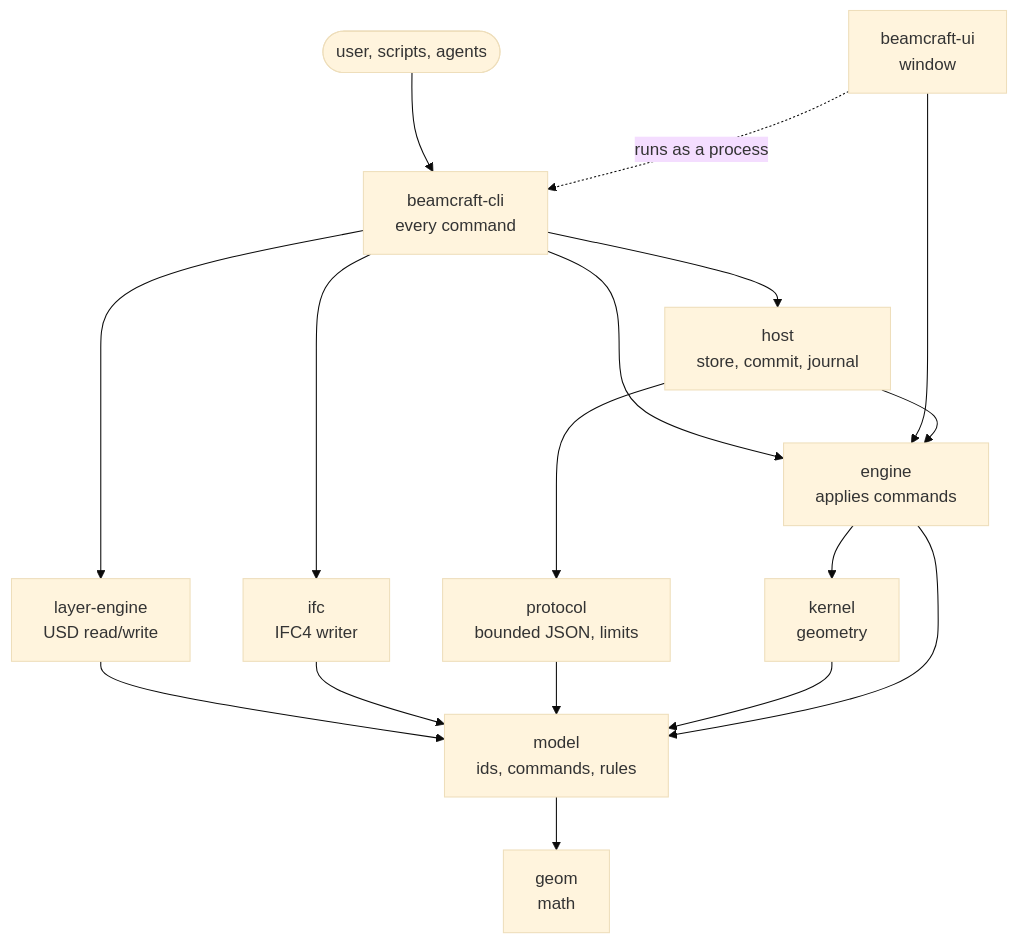
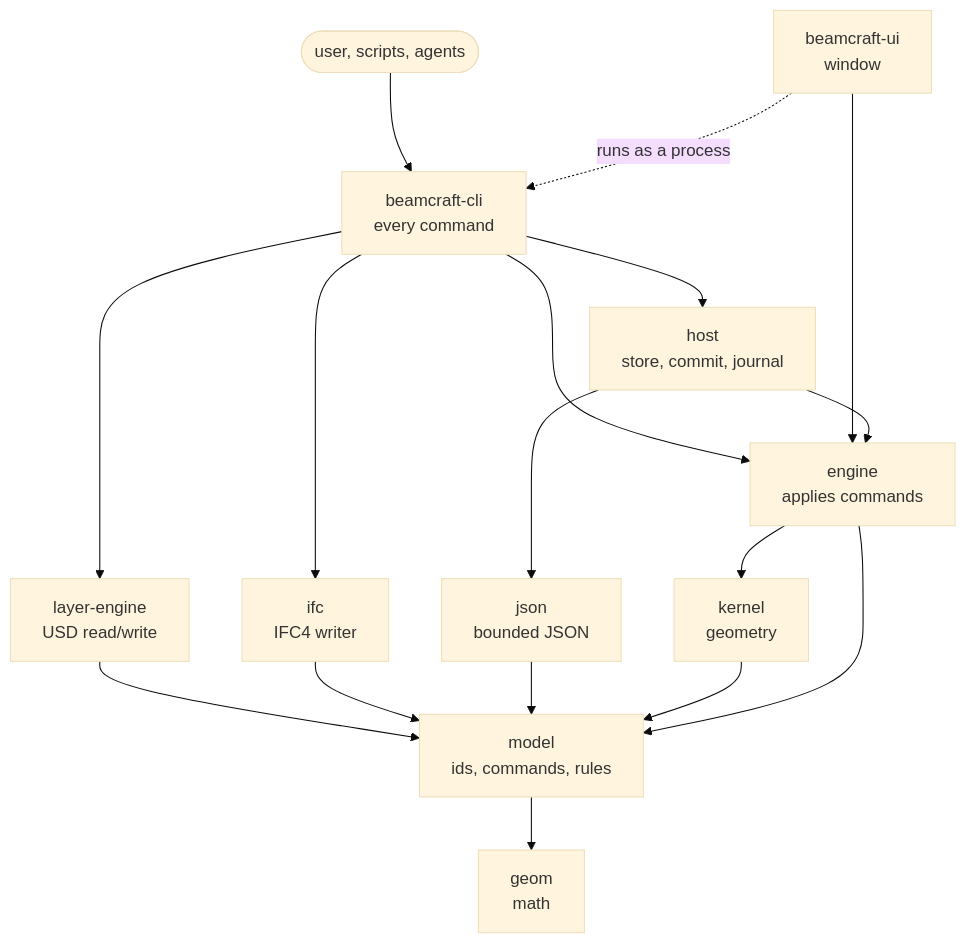
The first of 2 diagrams in docs/architecture.md (Apibim-com/BeamCraft), drawn with Mermaid (base theme) before and after one commit. The commit also changed other lines of this file and 139 other files, not shown here.

````diff
--- a/docs/architecture.md
+++ b/docs/architecture.md
@@ -42,22 +42,22 @@
 ```mermaid
 flowchart TD
     user(["user, scripts, agents"]) --> cli
     ui["beamcraft-ui<br/>window"] -. "runs as a process" .-> cli
     cli["beamcraft-cli<br/>every command"]
 
     cli --> host
     cli --> engine
     cli --> le
     cli --> ifc
     ui --> engine
 
     host["host<br/>store, commit, journal"] --> engine
-    host --> protocol
+    host --> json
     engine["engine<br/>applies commands"] --> kernel
     le["layer-engine<br/>USD read/write"] --> model
     ifc["ifc<br/>IFC4 writer"] --> model
-    protocol["protocol<br/>bounded JSON, limits"] --> model
+    json["json<br/>bounded JSON"] --> model
     kernel["kernel<br/>geometry"] --> model
     engine --> model
     model["model<br/>ids, commands, rules"] --> geom["geom<br/>math"]
 ```
````
